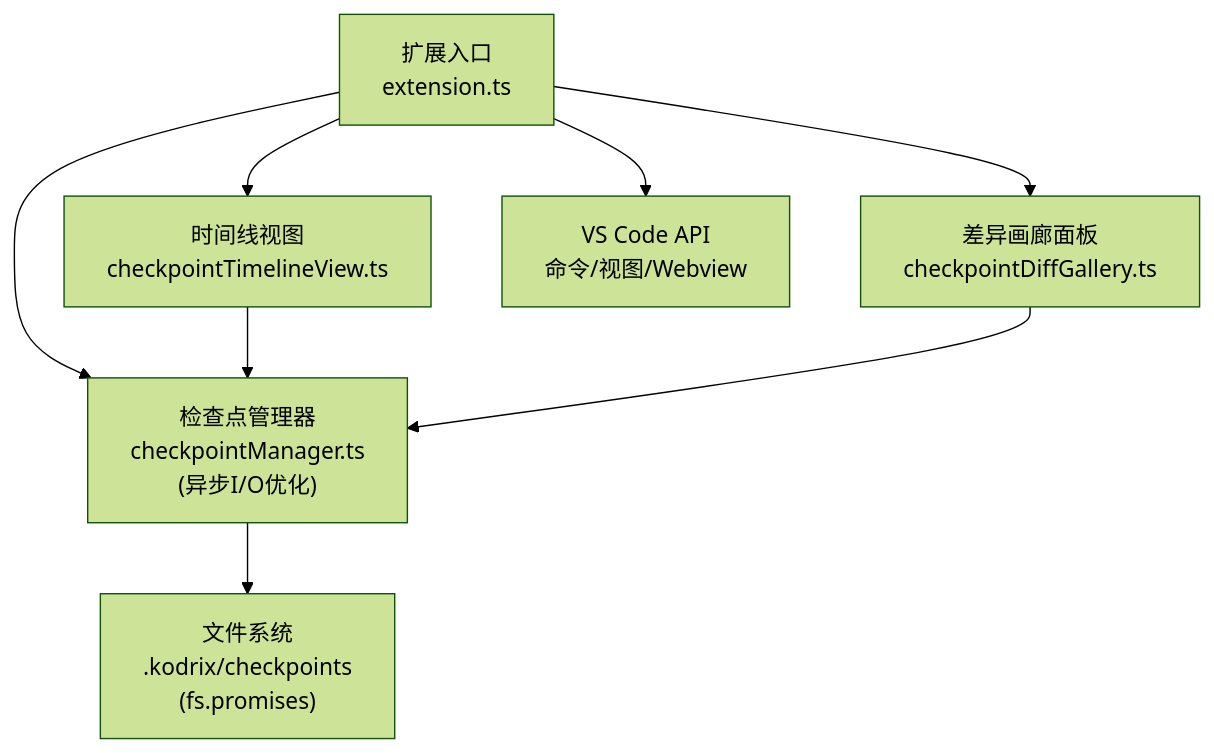
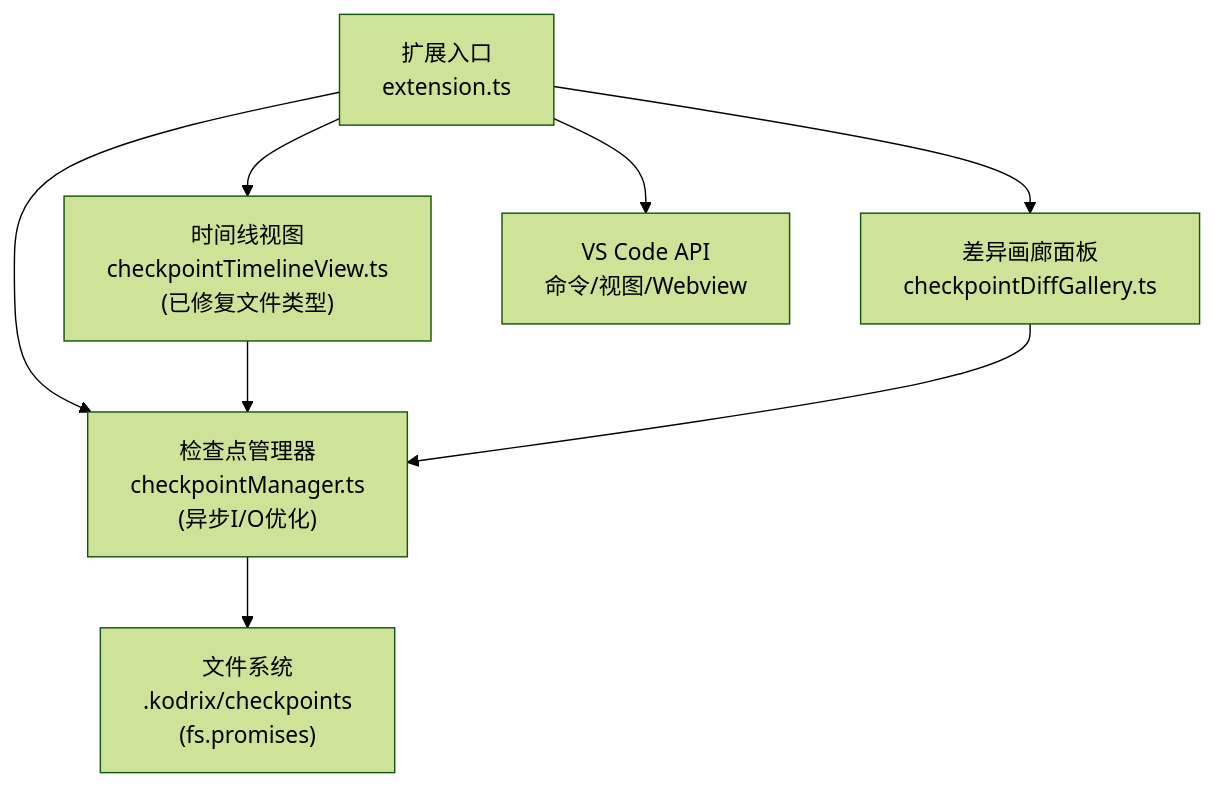
Before and after one commit to sofate798/KodrixCode: the first of 6 diagrams in .qoder/repowiki/zh/content/架构设计/Agent 操作系统架构/检查点可视化系统.md, drawn with Mermaid (forest theme). The commit also changed other lines of this file and 12 other files, not shown here.

````diff
--- a/.qoder/repowiki/zh/content/架构设计/Agent 操作系统架构/检查点可视化系统.md
+++ b/.qoder/repowiki/zh/content/架构设计/Agent 操作系统架构/检查点可视化系统.md
@@ -44,10 +42,10 @@
 ```mermaid
 graph TB
 A["扩展入口<br/>extension.ts"] --> B["检查点管理器<br/>checkpointManager.ts<br/>(异步I/O优化)"]
-A --> C["时间线视图<br/>checkpointTimelineView.ts"]
+A --> C["时间线视图<br/>checkpointTimelineView.ts<br/>(已修复文件类型)"]
 A --> D["差异画廊面板<br/>checkpointDiffGallery.ts"]
 B --> E["文件系统<br/>.kodrix/checkpoints<br/>(fs.promises)"]
 C --> B
 D --> B
 A --> F["VS Code API<br/>命令/视图/Webview"]
 ```
````
